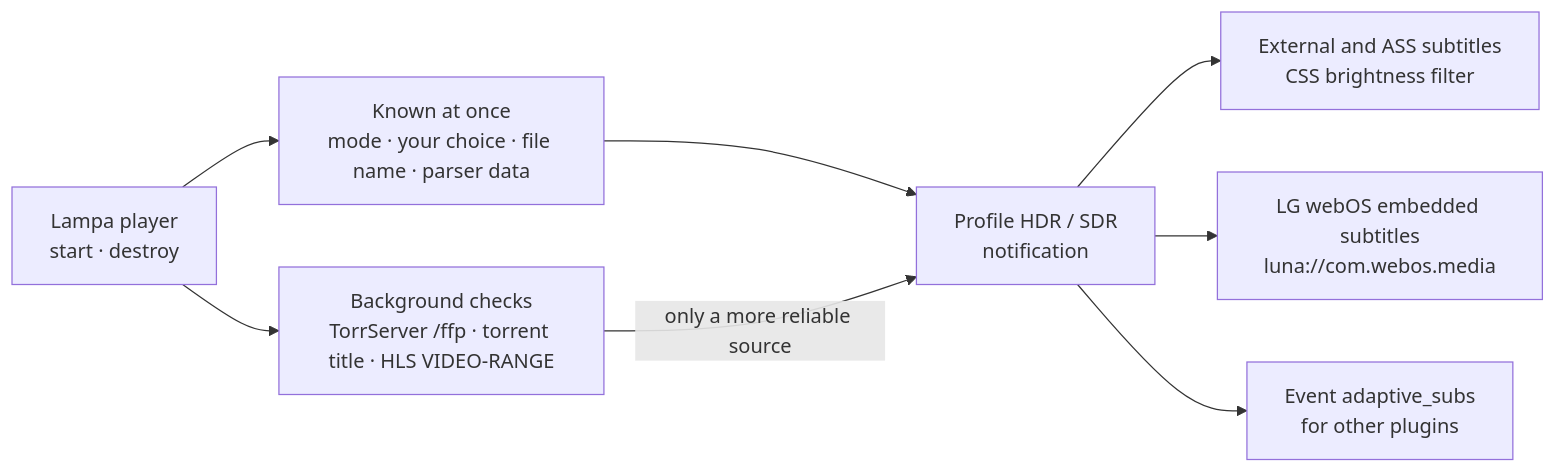
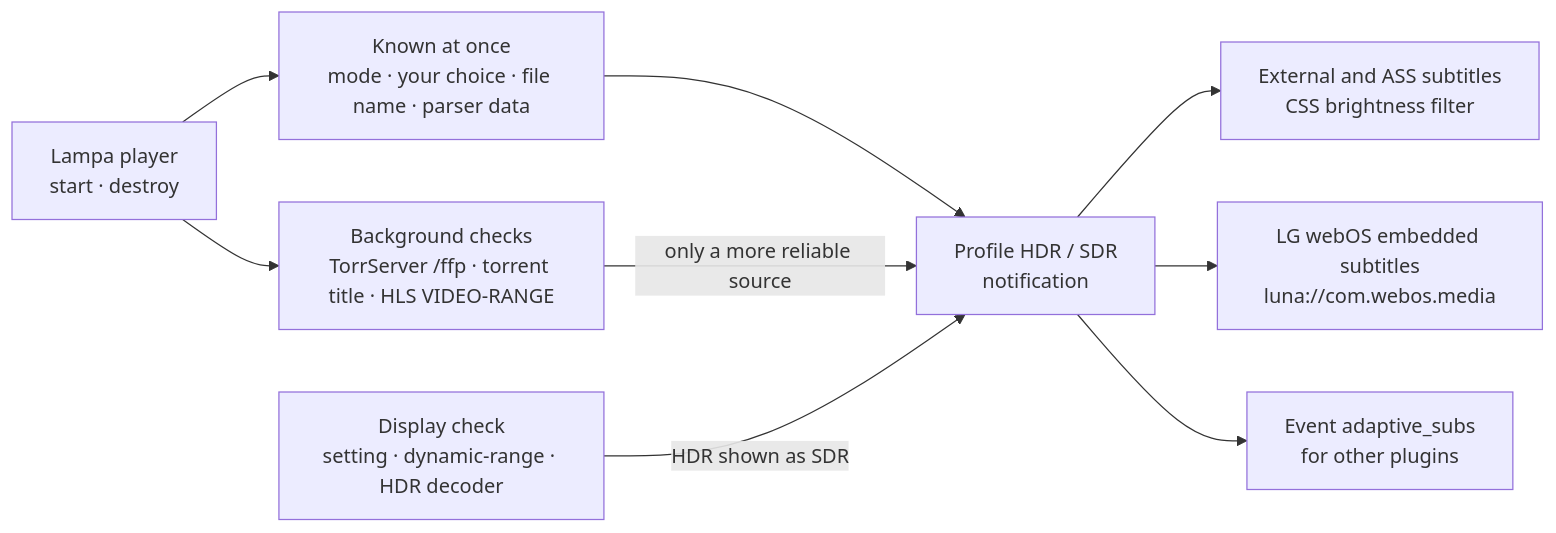
One commit to emoorpheus/lampa-adaptive-subtitles changed the diagram in README.md. Above: the diagram before and after it, drawn with Mermaid. The commit also changed other lines of this file and 30 other files, not shown here.

````diff
--- a/README.md
+++ b/README.md
@@ -55,10 +63,11 @@
 ```mermaid
 flowchart LR
     P["Lampa player<br/>start · destroy"] --> Q["Known at once<br/>mode · your choice · file name · parser data"]
     P --> E["Background checks<br/>TorrServer /ffp · torrent title · HLS VIDEO-RANGE"]
     Q --> A["Profile HDR / SDR<br/>notification"]
     E -->|only a more reliable source| A
+    D["Display check<br/>setting · dynamic-range · HDR decoder"] -->|HDR shown as SDR| A
     A --> S["External and ASS subtitles<br/>CSS brightness filter"]
     A --> W["LG webOS embedded subtitles<br/>luna://com.webos.media"]
     A --> X["Event adaptive_subs<br/>for other plugins"]
 ```
````
